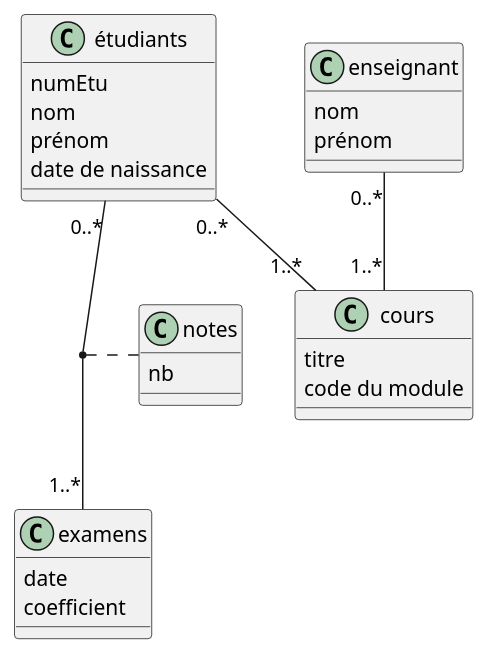
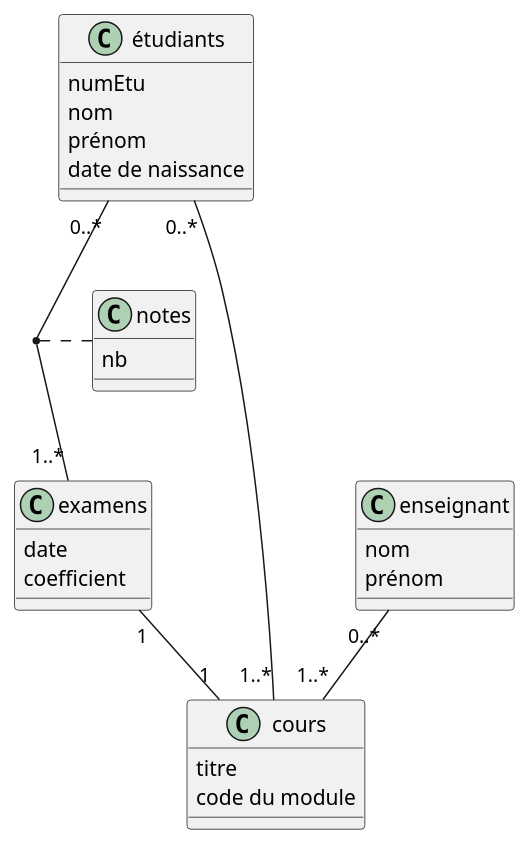
One commit to IUT-Blagnac/bcoo-Bastien-Aletrut changed the diagram in TD1.2.1.PlantUML. Above: the diagram before and after it, drawn with PlantUML.

```diff
--- a/TD1.2.1.PlantUML
+++ b/TD1.2.1.PlantUML
@@ -1,27 +1,28 @@
 @startuml
 class étudiants{
  numEtu
  nom
  prénom
  date de naissance
 }
 étudiants "0..*" -- "1..*" examens
 (étudiants, examens) . notes
 class notes{
 nb
 }
 class cours{
  titre
  code du module
 }
 class examens{
  date 
  coefficient
 }
 class enseignant{
  nom
  prénom
 }
 enseignant "0..*" -- "1..*" cours
 étudiants "0..*" -- "1..*" cours
+examens "1" -- "1" cours
 @enduml
```
